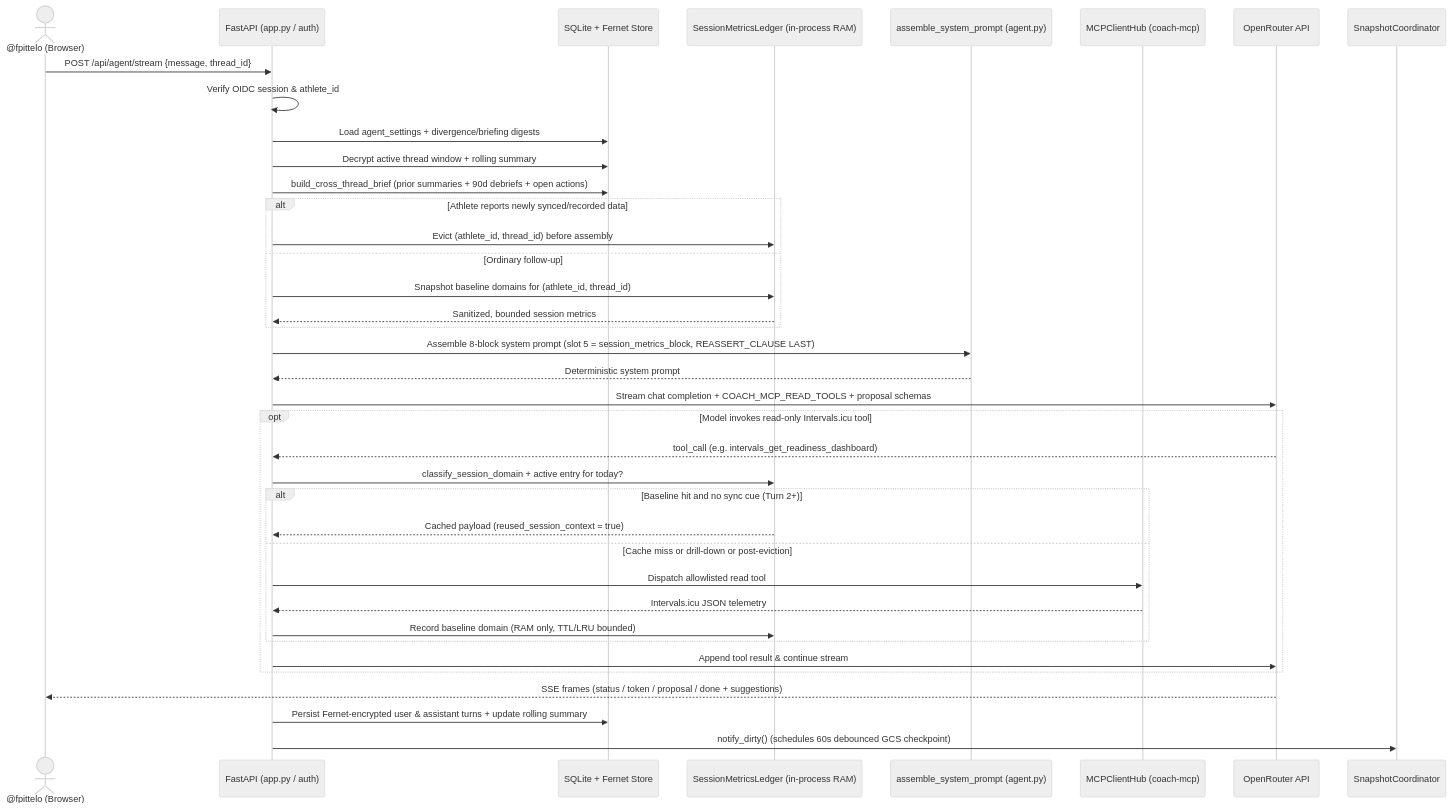
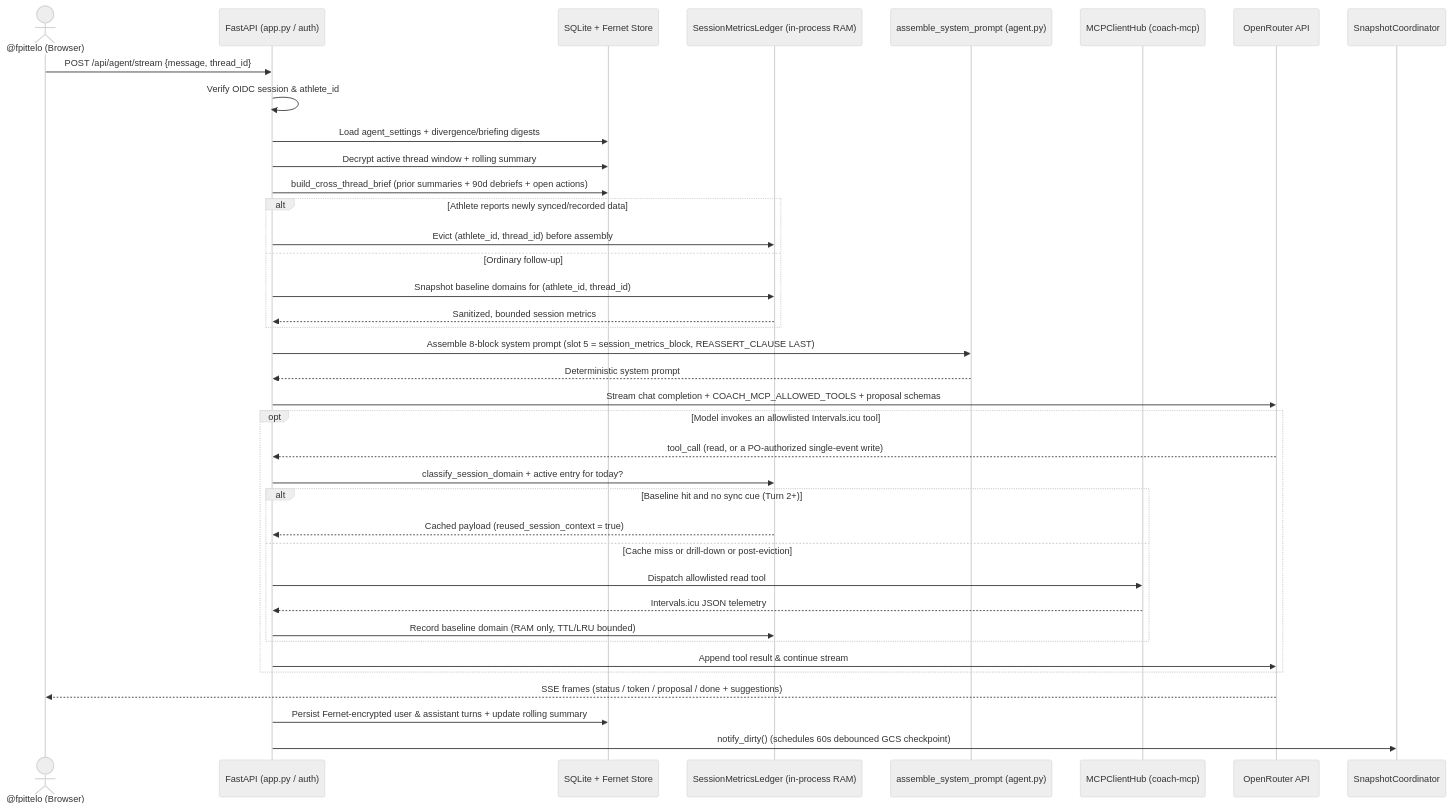
Before and after one commit to fpittelo/coach-web: the first of 3 diagrams in docs/architecture/arc42/02-runtime-and-delivery.md, drawn with Mermaid (neutral theme). The commit also changed other lines of this file and 13 other files, not shown here.

````diff
--- a/docs/architecture/arc42/02-runtime-and-delivery.md
+++ b/docs/architecture/arc42/02-runtime-and-delivery.md
@@ -14,41 +14,41 @@
 ```mermaid
 sequenceDiagram
     actor Athlete as @fpittelo (Browser)
     participant App as FastAPI (app.py / auth)
     participant Store as SQLite + Fernet Store
     participant Ledger as SessionMetricsLedger (in-process RAM)
     participant Seam as assemble_system_prompt (agent.py)
     participant Hub as MCPClientHub (coach-mcp)
     participant LLM as OpenRouter API
     participant Snap as SnapshotCoordinator
 
     Athlete->>App: POST /api/agent/stream {message, thread_id}
     App->>App: Verify OIDC session & athlete_id
     App->>Store: Load agent_settings + divergence/briefing digests
     App->>Store: Decrypt active thread window + rolling summary
     App->>Store: build_cross_thread_brief (prior summaries + 90d debriefs + open actions)
     alt Athlete reports newly synced/recorded data
         App->>Ledger: Evict (athlete_id, thread_id) before assembly
     else Ordinary follow-up
         App->>Ledger: Snapshot baseline domains for (athlete_id, thread_id)
         Ledger-->>App: Sanitized, bounded session metrics
     end
     App->>Seam: Assemble 8-block system prompt (slot 5 = session_metrics_block, REASSERT_CLAUSE LAST)
     Seam-->>App: Deterministic system prompt
-    App->>LLM: Stream chat completion + COACH_MCP_READ_TOOLS + proposal schemas
-    opt Model invokes read-only Intervals.icu tool
-        LLM-->>App: tool_call (e.g. intervals_get_readiness_dashboard)
+    App->>LLM: Stream chat completion + COACH_MCP_ALLOWED_TOOLS + proposal schemas
+    opt Model invokes an allowlisted Intervals.icu tool
+        LLM-->>App: tool_call (read, or a PO-authorized single-event write)
         App->>Ledger: classify_session_domain + active entry for today?
         alt Baseline hit and no sync cue (Turn 2+)
             Ledger-->>App: Cached payload (reused_session_context = true)
         else Cache miss or drill-down or post-eviction
             App->>Hub: Dispatch allowlisted read tool
             Hub-->>App: Intervals.icu JSON telemetry
             App->>Ledger: Record baseline domain (RAM only, TTL/LRU bounded)
         end
         App->>LLM: Append tool result & continue stream
     end
     LLM-->>Athlete: SSE frames (status / token / proposal / done + suggestions)
     App->>Store: Persist Fernet-encrypted user & assistant turns + update rolling summary
     App->>Snap: notify_dirty() (schedules 60s debounced GCS checkpoint)
 ```
````
